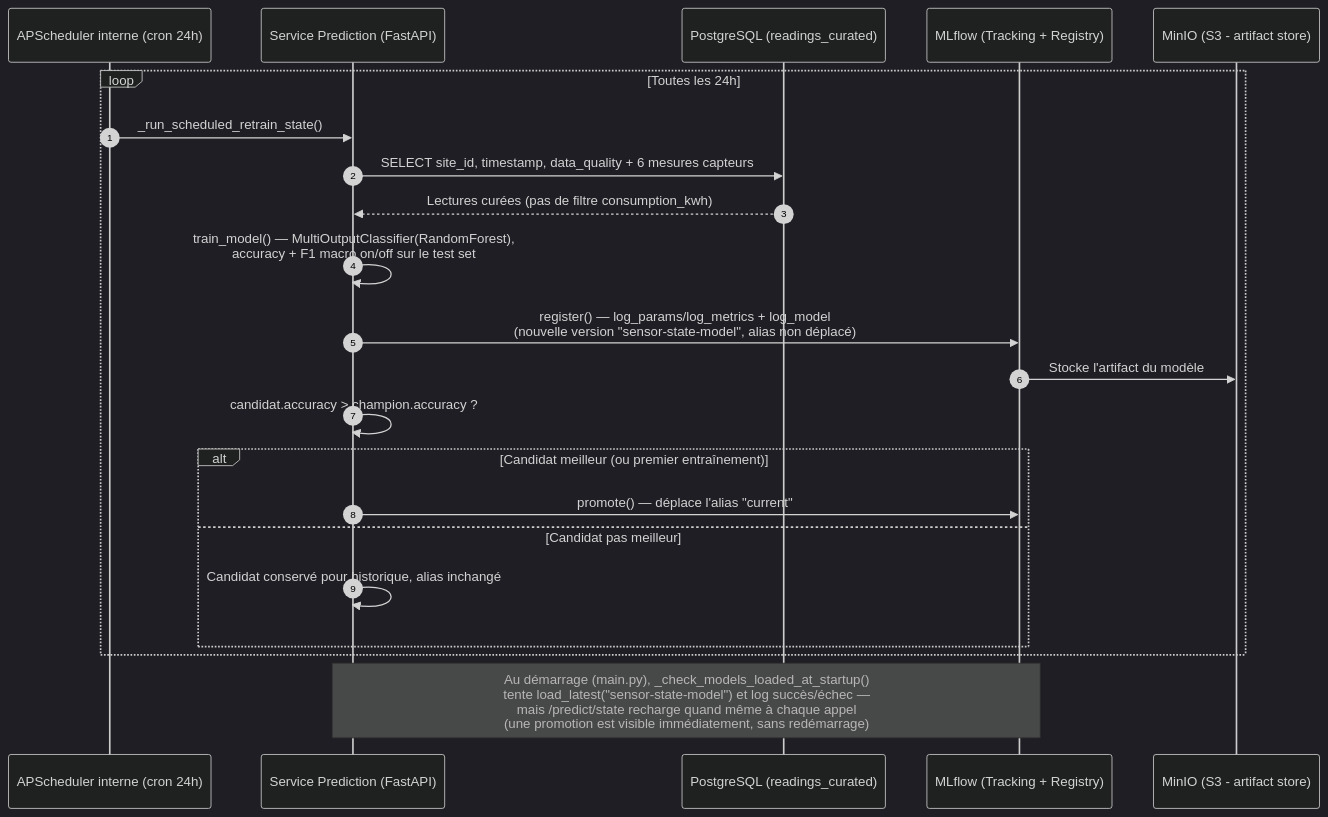
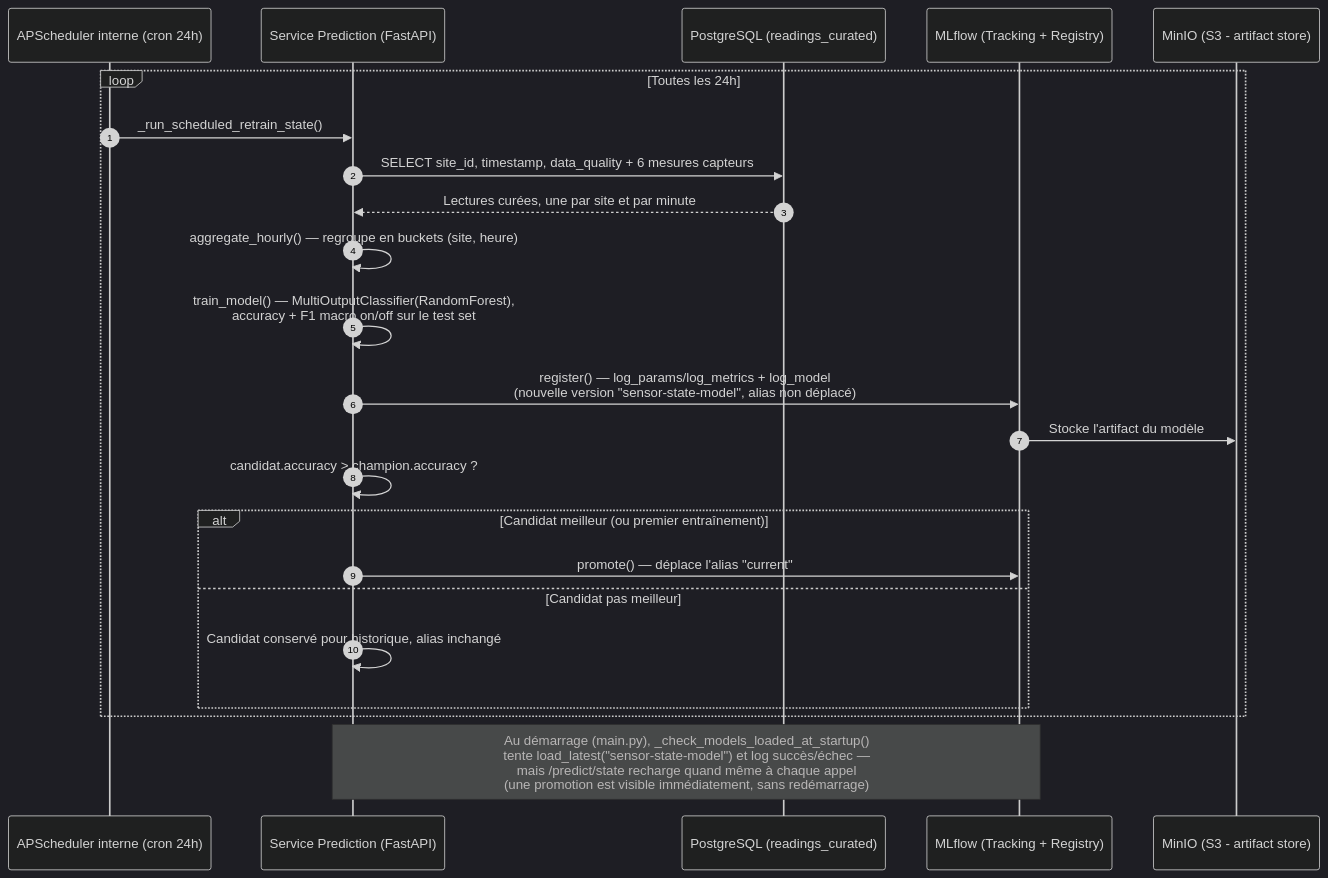
One commit to PetitPingu/EnerVision changed the second of 3 diagrams in apps/prediction/docs/state-model.md. Above: the diagram before and after it, drawn with Mermaid (dark theme). The commit also changed other lines of this file and 8 other files, not shown here.

````diff
--- a/apps/prediction/docs/state-model.md
+++ b/apps/prediction/docs/state-model.md
@@ -119,26 +132,27 @@
 ```mermaid
 sequenceDiagram
     autonumber
     participant Cron as APScheduler interne (cron 24h)
     participant Pred as Service Prediction (FastAPI)
     participant PG as PostgreSQL (readings_curated)
     participant MLflow as MLflow (Tracking + Registry)
     participant MinIO as MinIO (S3 - artifact store)
 
     loop Toutes les 24h
         Cron->>Pred: _run_scheduled_retrain_state()
         Pred->>PG: SELECT site_id, timestamp, data_quality + 6 mesures capteurs
-        PG-->>Pred: Lectures curées (pas de filtre consumption_kwh)
+        PG-->>Pred: Lectures curées, une par site et par minute
+        Pred->>Pred: aggregate_hourly() — regroupe en buckets (site, heure)
         Pred->>Pred: train_model() — MultiOutputClassifier(RandomForest),<br/>accuracy + F1 macro on/off sur le test set
         Pred->>MLflow: register() — log_params/log_metrics + log_model<br/>(nouvelle version "sensor-state-model", alias non déplacé)
         MLflow->>MinIO: Stocke l'artifact du modèle
         Pred->>Pred: candidat.accuracy > champion.accuracy ?
         alt Candidat meilleur (ou premier entraînement)
             Pred->>MLflow: promote() — déplace l'alias "current"
         else Candidat pas meilleur
             Pred->>Pred: Candidat conservé pour historique, alias inchangé
         end
     end
 
     Note over Pred,MLflow: Au démarrage (main.py), _check_models_loaded_at_startup()<br/>tente load_latest("sensor-state-model") et log succès/échec —<br/>mais /predict/state recharge quand même à chaque appel<br/>(une promotion est visible immédiatement, sans redémarrage)
 ```
````
